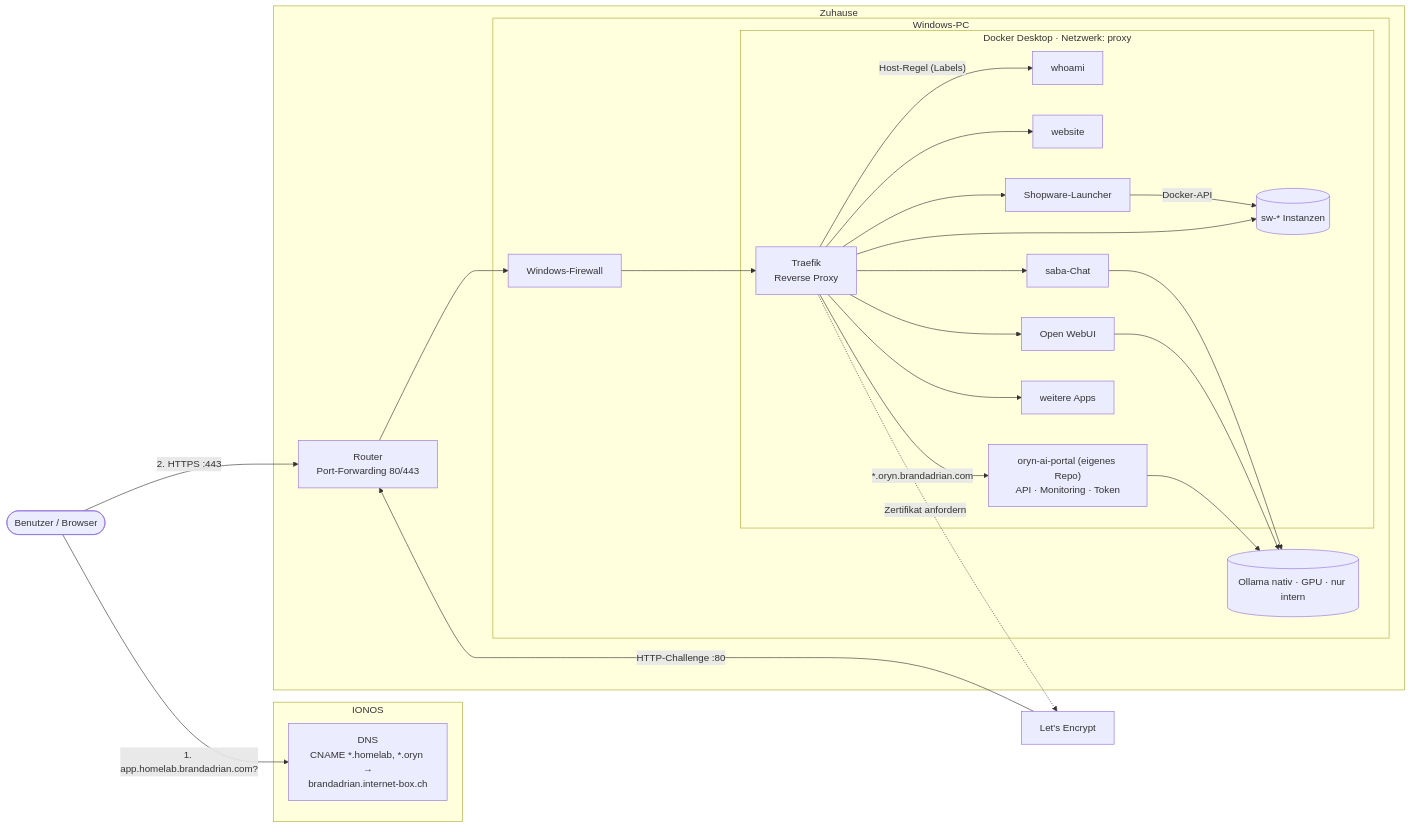
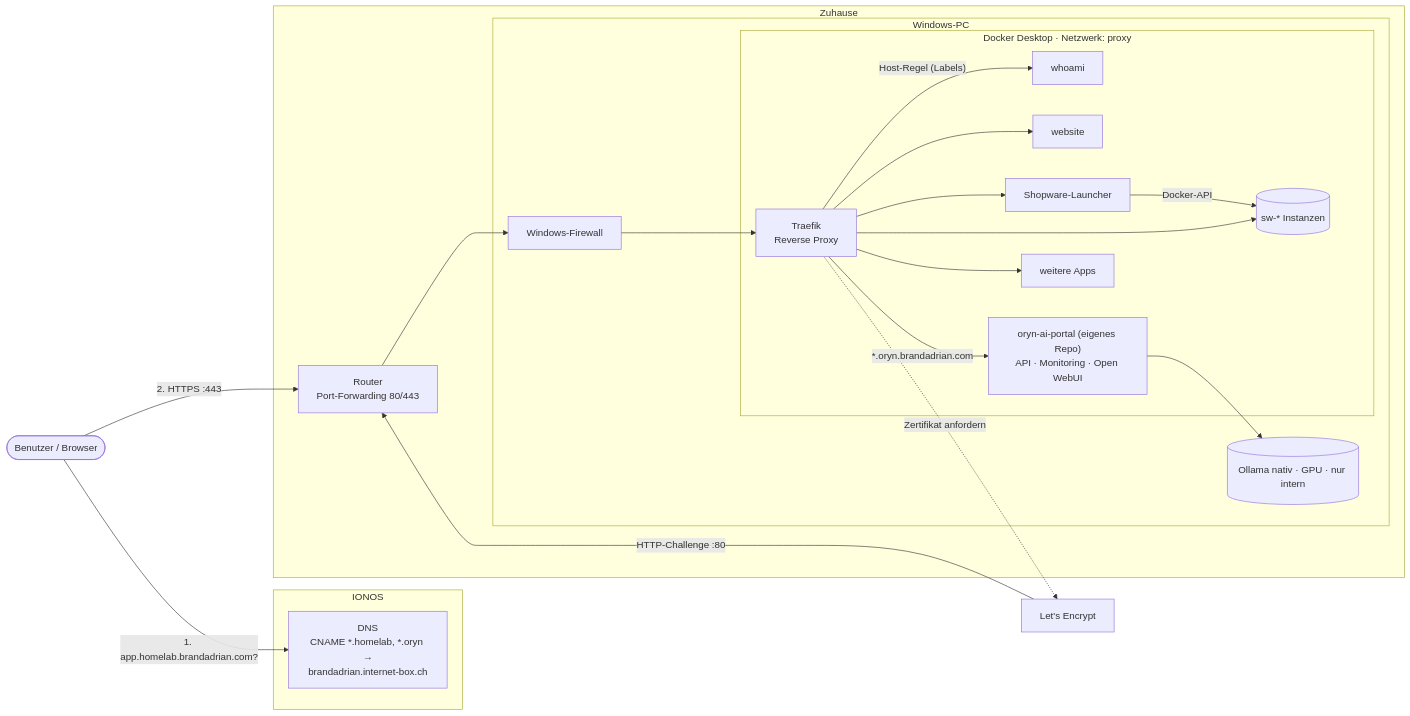
Before and after one commit to brandadrian/oryn-gateway: the diagram in README.md, drawn with Mermaid. The commit also changed other lines of this file and 8 other files, not shown here.

````diff
--- a/README.md
+++ b/README.md
@@ -15,46 +15,40 @@
 ```mermaid
 flowchart LR
     user([Benutzer / Browser])
     le[Let's Encrypt]
 
     subgraph ionos[IONOS]
         dns["DNS<br/>CNAME *.homelab, *.oryn →<br/>brandadrian.internet-box.ch"]
     end
 
     subgraph home[Zuhause]
         router["Router<br/>Port-Forwarding 80/443"]
         subgraph pc[Windows-PC]
             fw[Windows-Firewall]
             ollama[(Ollama nativ · GPU · nur intern)]
             subgraph docker["Docker Desktop · Netzwerk: proxy"]
                 traefik[Traefik<br/>Reverse Proxy]
                 whoami[whoami]
                 website[website]
-                saba[saba-Chat]
-                owui[Open WebUI]
-                gw["oryn-ai-portal (eigenes Repo)<br/>API · Monitoring · Token"]
+                gw["oryn-ai-portal (eigenes Repo)<br/>API · Monitoring · Open WebUI"]
                 swl[Shopware-Launcher]
                 sw[(sw-* Instanzen)]
                 app[weitere Apps]
             end
         end
     end
 
     user -- "1. app.homelab.brandadrian.com?" --> dns
     user -- "2. HTTPS :443" --> router
     router --> fw --> traefik
     traefik -- "Host-Regel (Labels)" --> whoami
     traefik --> website
-    traefik --> saba
-    saba --> ollama
-    traefik --> owui
-    owui --> ollama
     traefik -- "*.oryn.brandadrian.com" --> gw
     gw --> ollama
     traefik --> swl
     swl -- "Docker-API" --> sw
     traefik --> sw
     traefik --> app
     le -- "HTTP-Challenge :80" --> router
     traefik -. "Zertifikat anfordern" .-> le
 ```
````
